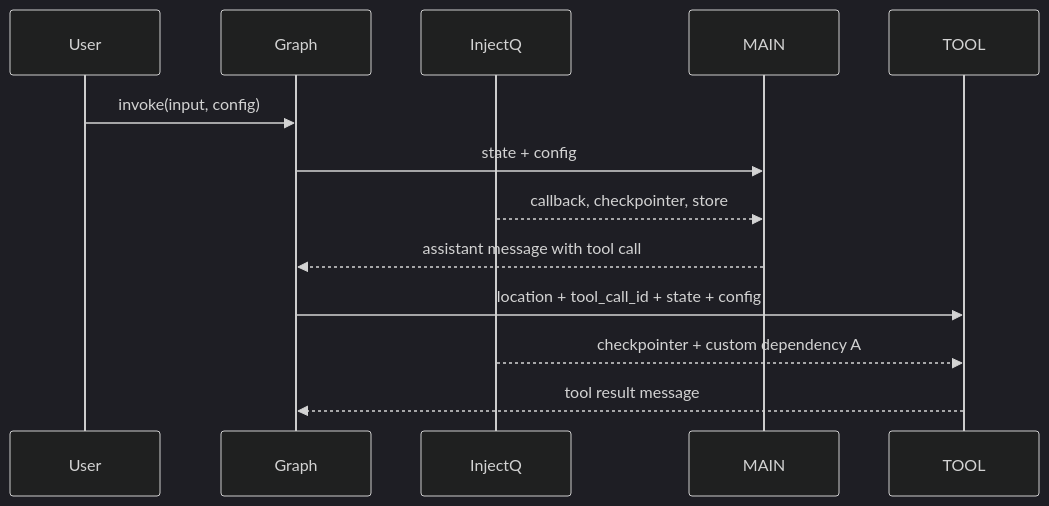
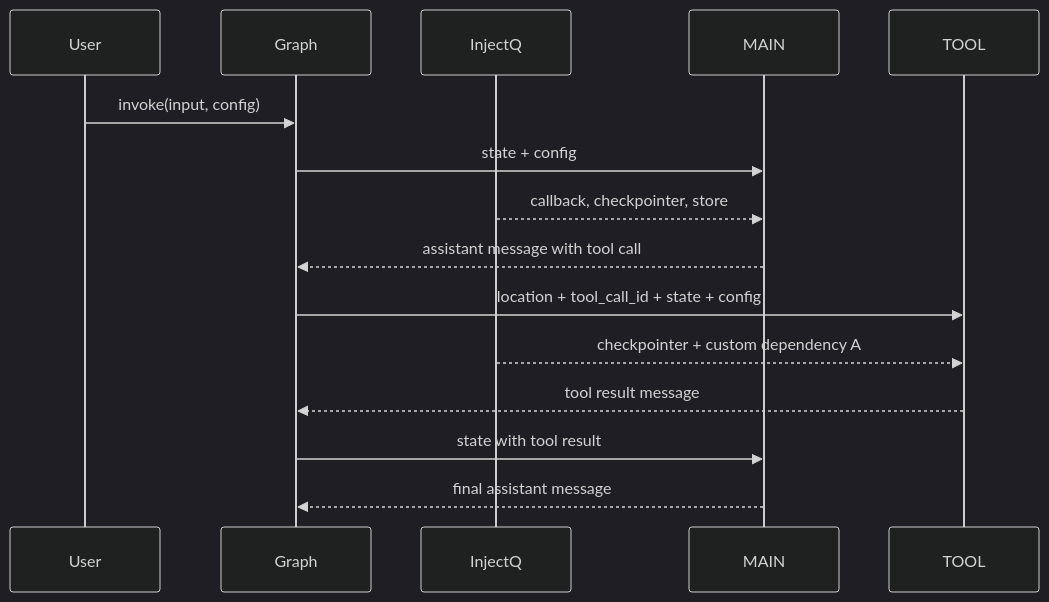
Before and after one commit to 10xHub/agentflow-docs: the second of 2 diagrams in src/content/docs/examples/dependency-injection.md, drawn with Mermaid (dark theme). The commit also changed other lines of this file and 130 other files, not shown here.

````diff
--- a/src/content/docs/examples/dependency-injection.md
+++ b/src/content/docs/examples/dependency-injection.md
@@ -138,16 +224,18 @@
 ```mermaid
 sequenceDiagram
     participant User
     participant Graph
     participant Container as InjectQ
     participant MAIN
     participant TOOL
 
     User->>Graph: invoke(input, config)
     Graph->>MAIN: state + config
     Container-->>MAIN: callback, checkpointer, store
     MAIN-->>Graph: assistant message with tool call
     Graph->>TOOL: location + tool_call_id + state + config
     Container-->>TOOL: checkpointer + custom dependency A
     TOOL-->>Graph: tool result message
+    Graph->>MAIN: state with tool result
+    MAIN-->>Graph: final assistant message
 ```
````
